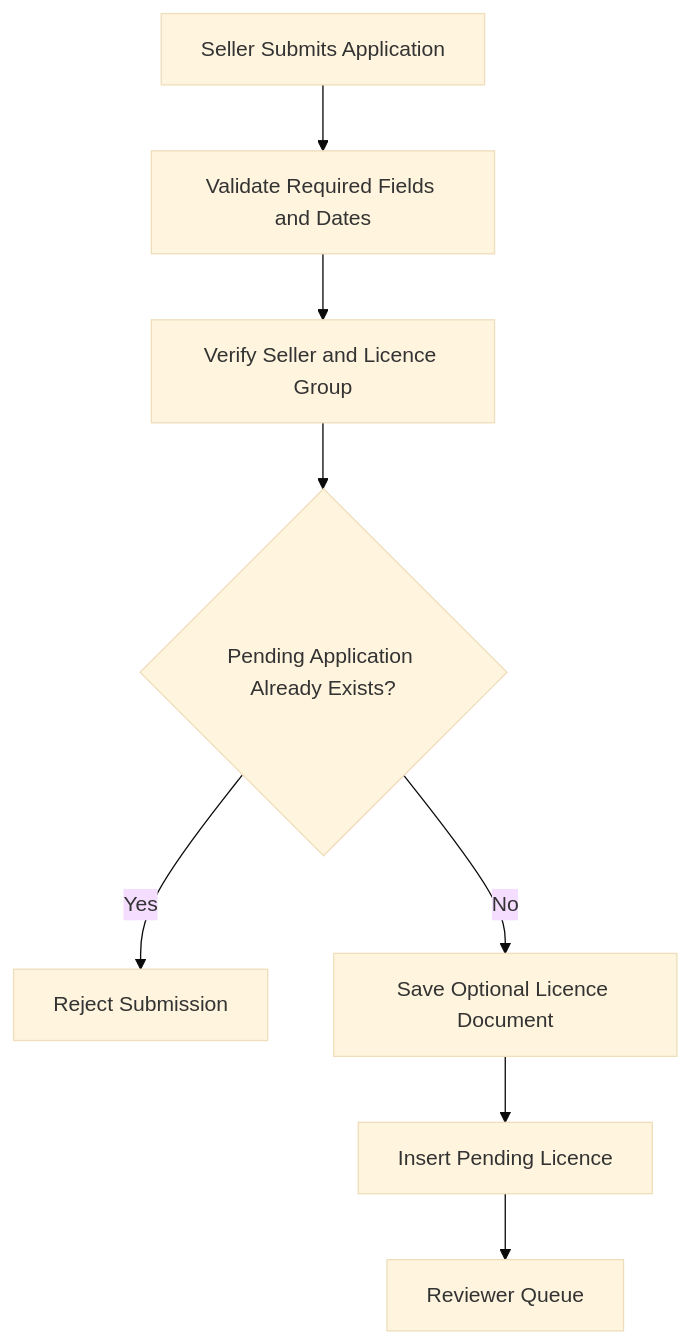
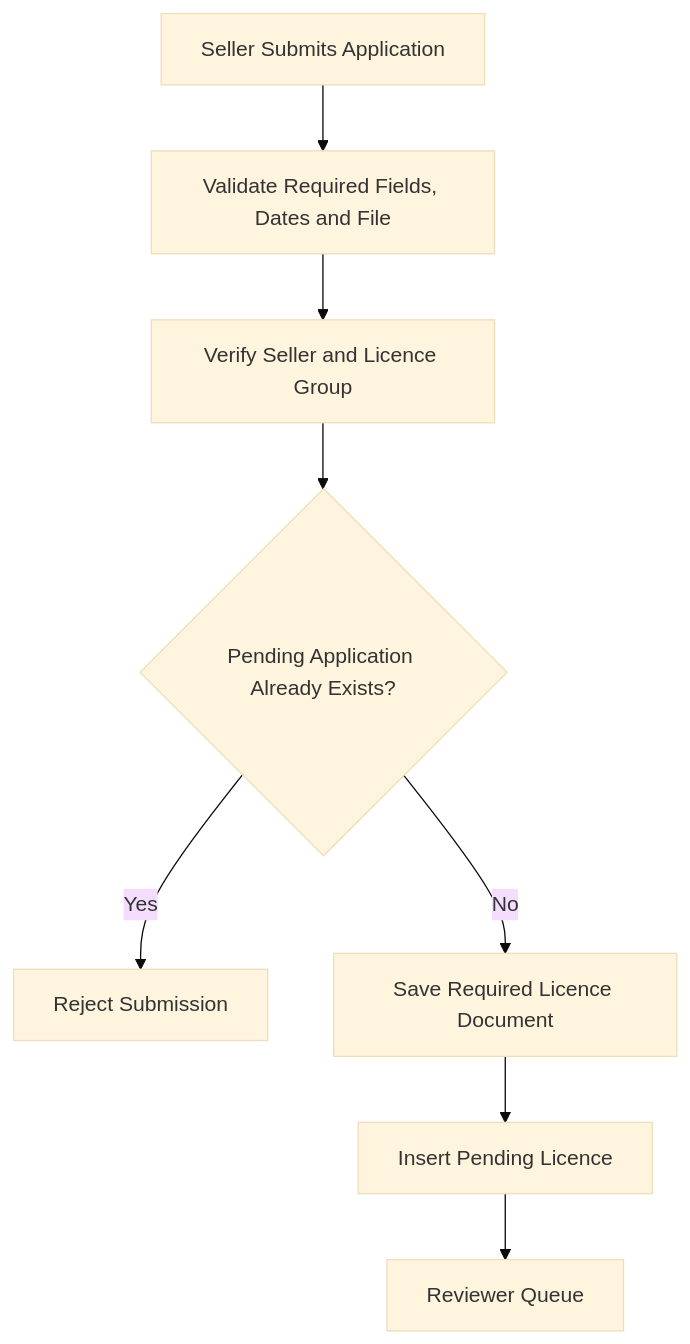
Before and after one commit to 01110011r/licensed-goods: the fourth of 6 diagrams in docs/OVERVIEW.md, drawn with Mermaid (base theme). The commit also changed other lines of this file and 1 other file, not shown here.

````diff
--- a/docs/OVERVIEW.md
+++ b/docs/OVERVIEW.md
@@ -298,12 +298,12 @@
 ```mermaid
 flowchart TD
-    Seller[Seller Submits Application] --> Validate[Validate Required Fields and Dates]
+    Seller[Seller Submits Application] --> Validate[Validate Required Fields, Dates and File]
     Validate --> References[Verify Seller and Licence Group]
     References --> Pending{Pending Application Already Exists?}
 
     Pending -->|Yes| Reject[Reject Submission]
-    Pending -->|No| File[Save Optional Licence Document]
+    Pending -->|No| File[Save Required Licence Document]
 
     File --> Insert[Insert Pending Licence]
     Insert --> Queue[Reviewer Queue]
 ```
````
